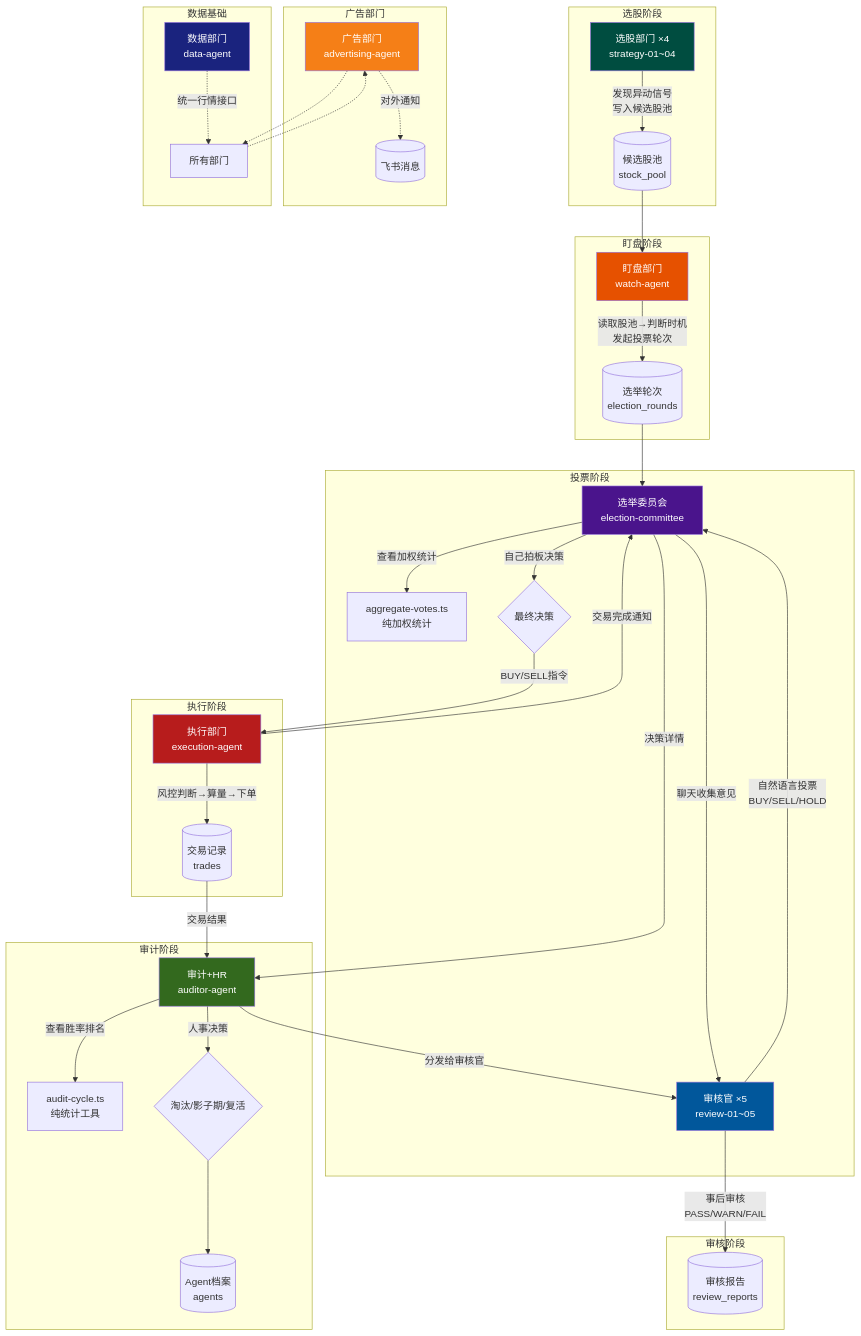
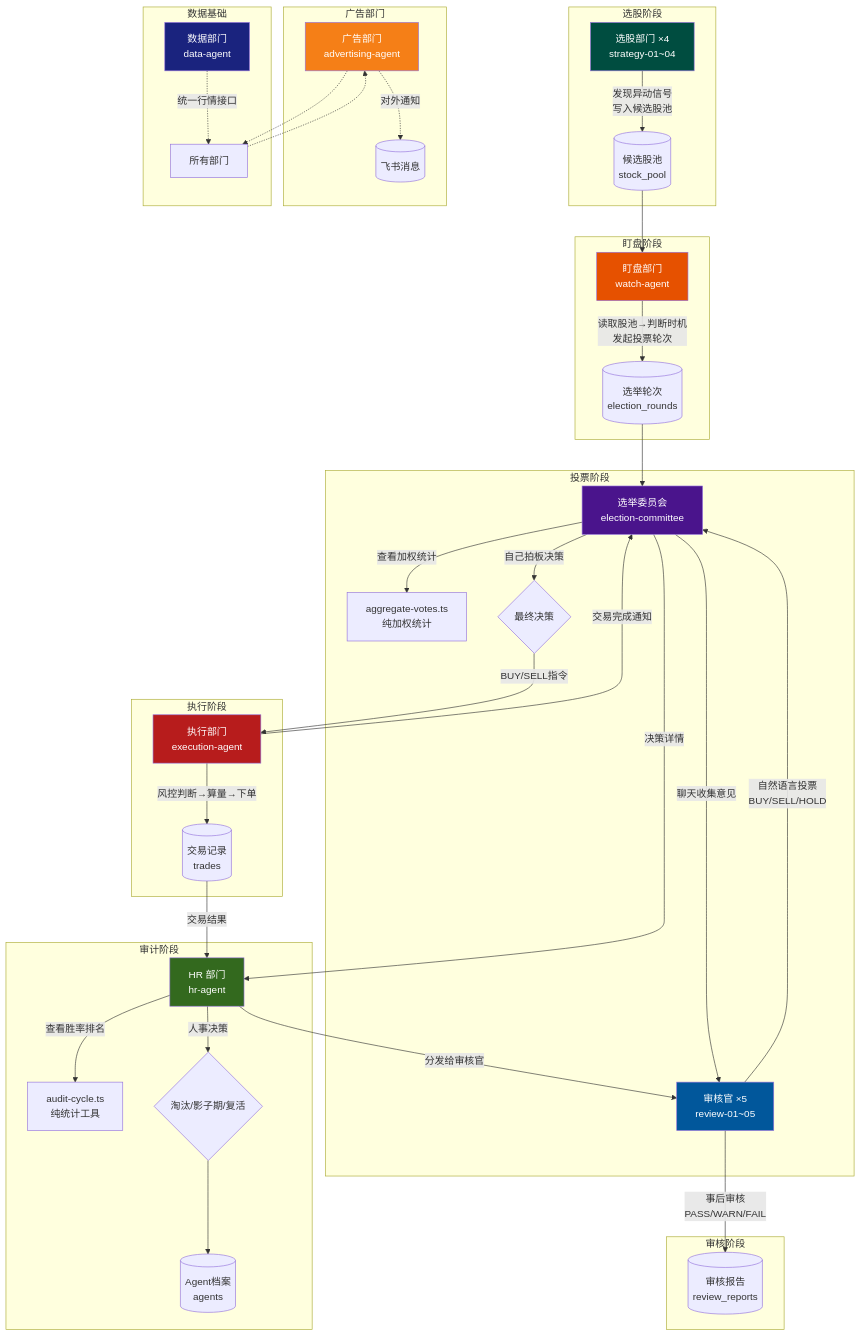
One commit to fantian007/hermes-trading-system changed the first of 6 diagrams in docs/architecture.md. Above: the diagram before and after it, drawn with Mermaid. The commit also changed other lines of this file and 11 other files, not shown here.

````diff
--- a/docs/architecture.md
+++ b/docs/architecture.md
@@ -24,58 +24,58 @@
 ```mermaid
 graph TB
     subgraph "选股阶段"
         SELECTOR[选股部门 ×4<br/>strategy-01~04] -->|"发现异动信号<br/>写入候选股池"| POOL[(候选股池<br/>stock_pool)]
     end
 
     subgraph "盯盘阶段"
         POOL --> WATCH[盯盘部门<br/>watch-agent]
         WATCH -->|"读取股池→判断时机<br/>发起投票轮次"| ROUND[(选举轮次<br/>election_rounds)]
     end
 
     subgraph "投票阶段"
         ROUND --> EC[选举委员会<br/>election-committee]
         EC -->|"聊天收集意见"| REVIEW[审核官 ×5<br/>review-01~05]
         REVIEW -->|"自然语言投票<br/>BUY/SELL/HOLD"| EC
         EC -->|"查看加权统计"| AGG[aggregate-votes.ts<br/>纯加权统计]
         EC -->|"自己拍板决策"| DECISION{最终决策}
     end
 
     subgraph "执行阶段"
         DECISION -->|"BUY/SELL指令"| EXEC[执行部门<br/>execution-agent]
         EXEC -->|"风控判断→算量→下单"| TRADE[(交易记录<br/>trades)]
         EXEC -->|"交易完成通知"| EC
     end
 
     subgraph "审计阶段"
-        TRADE -->|"交易结果"| AUDITOR[审计+HR<br/>auditor-agent]
+        TRADE -->|"交易结果"| AUDITOR[HR 部门<br/>hr-agent]
         AUDITOR -->|"查看胜率排名"| STATS[audit-cycle.ts<br/>纯统计工具]
         AUDITOR -->|"人事决策"| PERSONNEL{淘汰/影子期/复活}
         PERSONNEL --> AGENTS[(Agent档案<br/>agents)]
     end
 
     subgraph "审核阶段"
         EC -->|"决策详情"| AUDITOR
         AUDITOR -->|"分发给审核官"| REVIEW
         REVIEW -->|"事后审核<br/>PASS/WARN/FAIL"| REPORTS[(审核报告<br/>review_reports)]
     end
 
     subgraph "广告部门"
         AD[广告部门<br/>advertising-agent] -.->|"对外通知"| FEISHU[(飞书消息)]
     end
 
     subgraph "数据基础"
         DATA[数据部门<br/>data-agent] -.->|"统一行情接口"| ALL[所有部门]
     end
 
     AD -.-> ALL
     ALL -.-> AD
 
     style AD fill:#f57f17,color:#fff
     style DATA fill:#1a237e,color:#fff
     style SELECTOR fill:#004d40,color:#fff
     style WATCH fill:#e65100,color:#fff
     style EC fill:#4a148c,color:#fff
     style REVIEW fill:#01579b,color:#fff
     style EXEC fill:#b71c1c,color:#fff
     style AUDITOR fill:#33691e,color:#fff
 ```
````
